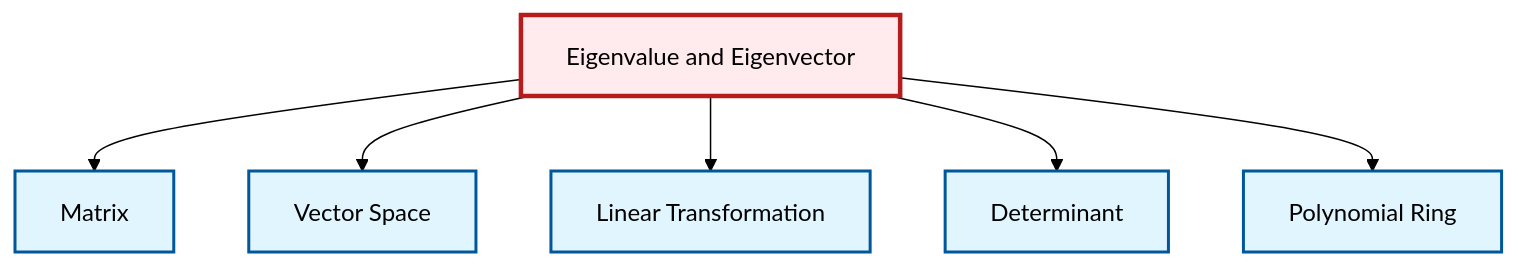
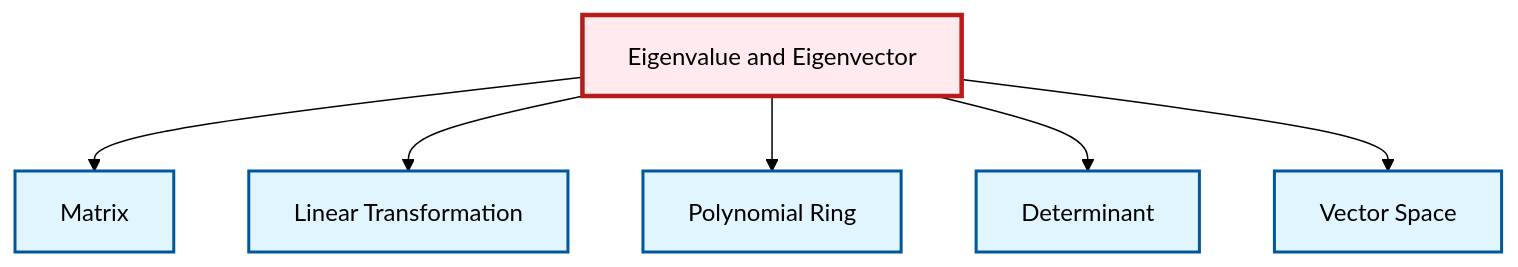
The diagram in output/mermaid/en/def-eigenvalue-eigenvector.mermaid (RK0429/ModernMath), drawn with Mermaid (forest theme) before and after one commit. The commit also changed other lines of this file and 1710 other files, not shown here.

```diff
--- a/output/mermaid/en/def-eigenvalue-eigenvector.mermaid
+++ b/output/mermaid/en/def-eigenvalue-eigenvector.mermaid
@@ -1,18 +1,18 @@
 graph TD
     classDef definition fill:#e1f5fe,stroke:#01579b,stroke-width:2px
     classDef theorem fill:#f3e5f5,stroke:#4a148c,stroke-width:2px
     classDef axiom fill:#fff3e0,stroke:#e65100,stroke-width:2px
     classDef example fill:#e8f5e9,stroke:#1b5e20,stroke-width:2px
     classDef current fill:#ffebee,stroke:#b71c1c,stroke-width:3px
     def-linear-transformation["Linear Transformation"]:::definition
+    def-matrix["Matrix"]:::definition
+    def-vector-space["Vector Space"]:::definition
+    def-polynomial-ring["Polynomial Ring"]:::definition
+    def-determinant["Determinant"]:::definition
     def-eigenvalue-eigenvector["Eigenvalue and Eigenvector"]:::definition
-    def-polynomial-ring["Polynomial Ring"]:::definition
-    def-matrix["Matrix"]:::definition
-    def-determinant["Determinant"]:::definition
-    def-vector-space["Vector Space"]:::definition
     def-eigenvalue-eigenvector --> def-matrix
+    def-eigenvalue-eigenvector --> def-linear-transformation
+    def-eigenvalue-eigenvector --> def-polynomial-ring
+    def-eigenvalue-eigenvector --> def-determinant
     def-eigenvalue-eigenvector --> def-vector-space
-    def-eigenvalue-eigenvector --> def-linear-transformation
-    def-eigenvalue-eigenvector --> def-determinant
-    def-eigenvalue-eigenvector --> def-polynomial-ring
     class def-eigenvalue-eigenvector current
```
